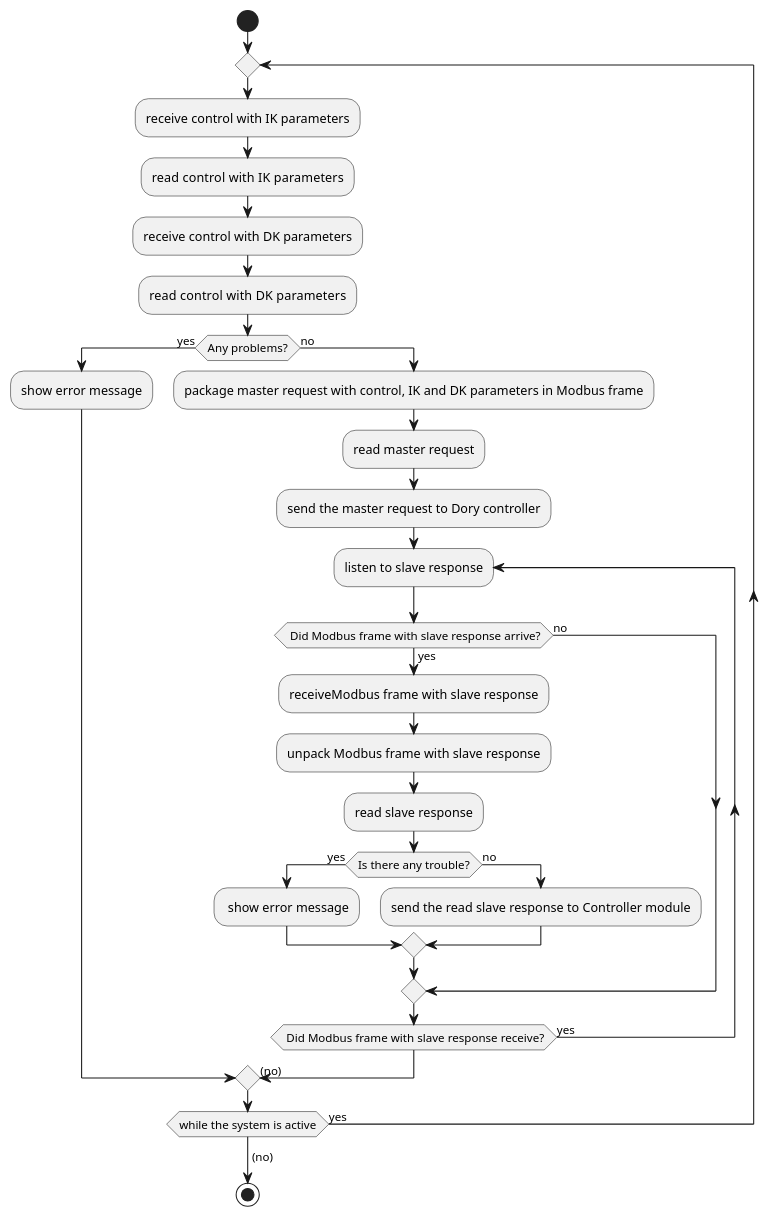
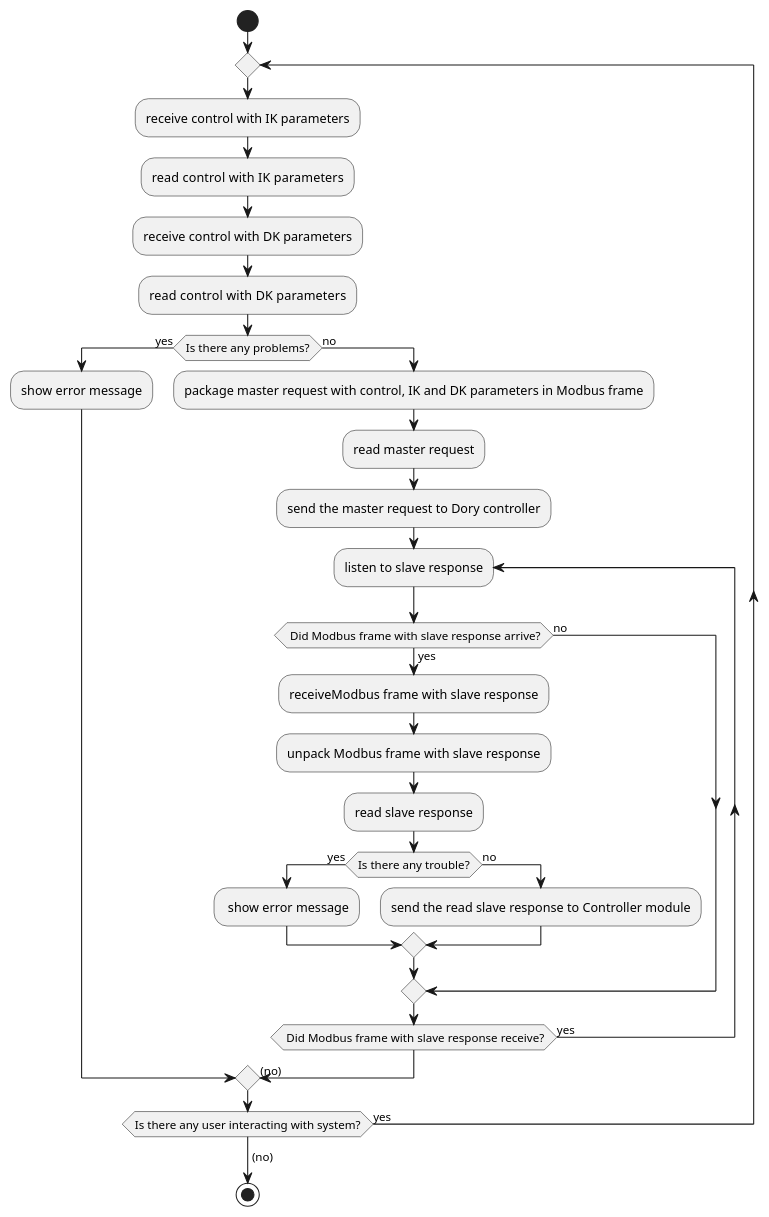
The diagram in ActivityDiagramModbusNetInterface.plantuml (MarcioFreitasUFSC21/RTGS-Master-Course-System), drawn with PlantUML before and after one commit. The commit also changed 4 other files, not shown here.

Commit message:
The Final Adjustements have made in all the Acitivity Diagrams of RTGS System

```diff
--- a/ActivityDiagramModbusNetInterface.plantuml
+++ b/ActivityDiagramModbusNetInterface.plantuml
@@ -1,32 +1,32 @@
 @startuml
 start
 repeat
     :receive control with IK parameters;
     :read  control with IK parameters;
     :receive control with DK parameters;
     :read  control with DK parameters;
-if (Any problems?) then (yes)
+if (Is there any problems?) then (yes)
     :show error message;
 else (no)
     :package master request with control, IK and DK parameters in Modbus frame;
     :read master request;
     :send the master request to Dory controller;
 repeat :listen to slave response;
     if( Did Modbus frame with slave response arrive?) then (yes)
         :receiveModbus frame with slave response;
         :unpack Modbus frame with slave response;
         :read slave response;
         if (Is there any trouble?) then (yes)
             : show error message;
         else(no)
             :send the read slave response to Controller module;
         endif
     else (no)
     endif
 repeat while ( Did Modbus frame with slave response receive?) is (yes)
     ->(no);    
 endif
-repeat while (while the system is active) is (yes)
+repeat while(Is there any user interacting with system?) is (yes)
 ->(no);
 stop
 @enduml
```
